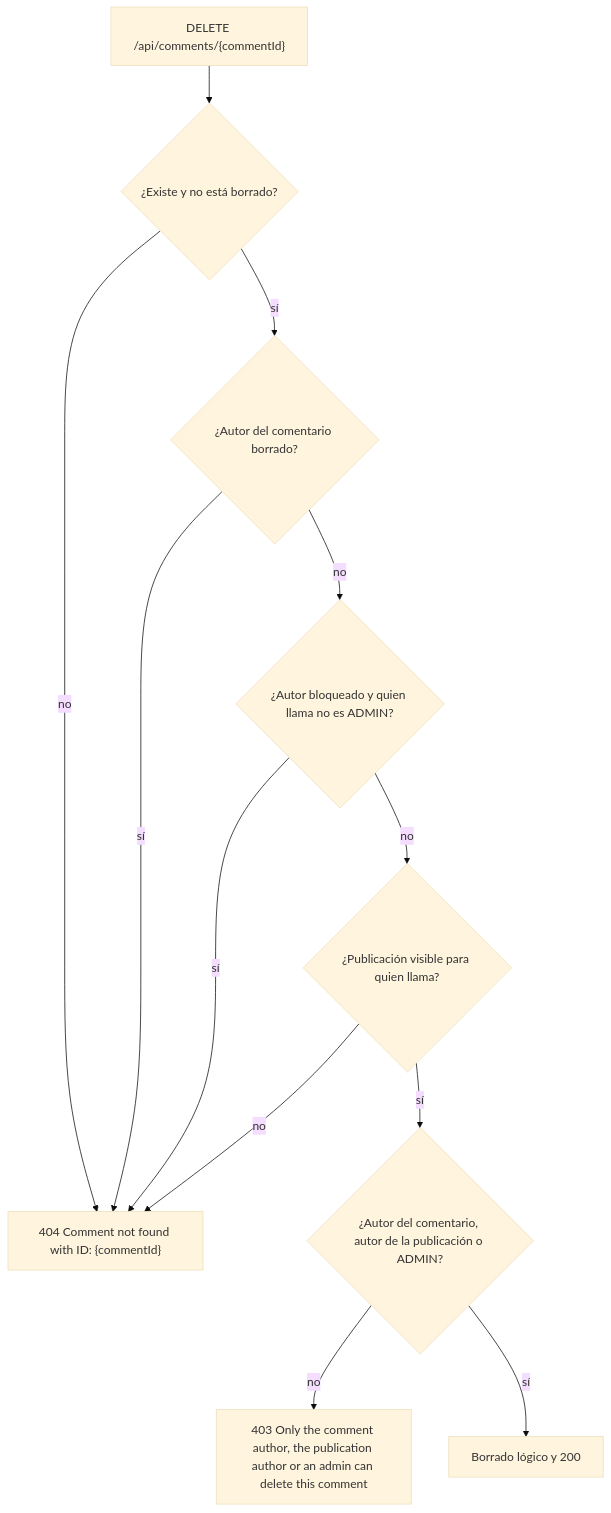
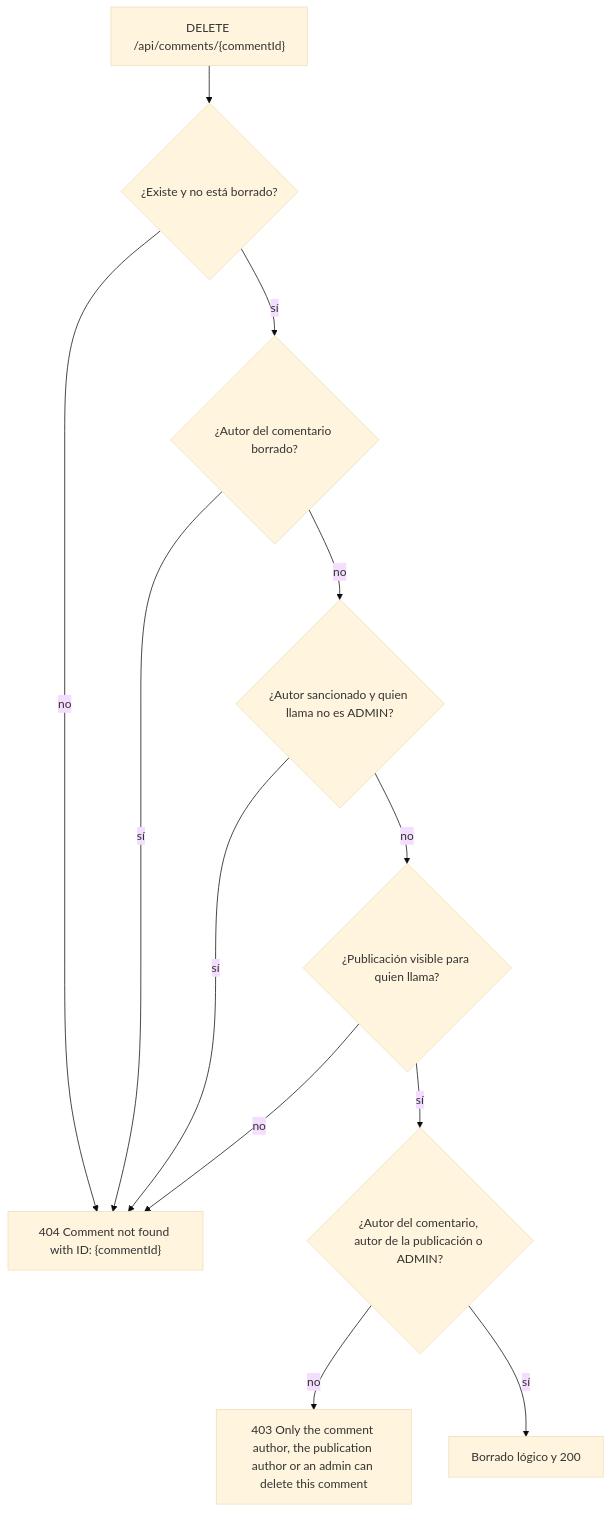
Before and after one commit to joseph517/vapati: the diagram in docs/arquitectura/dominios/comment.md, drawn with Mermaid (base theme). The commit also changed other lines of this file and 19 other files, not shown here.

````diff
--- a/docs/arquitectura/dominios/comment.md
+++ b/docs/arquitectura/dominios/comment.md
@@ -62,14 +62,14 @@
 ```mermaid
 flowchart TD
     A["DELETE /api/comments/{commentId}"] --> B{"¿Existe y no está borrado?"}
     B -- "no" --> E404["404 Comment not found with ID: {commentId}"]
     B -- "sí" --> C{"¿Autor del comentario borrado?"}
     C -- "sí" --> E404
-    C -- "no" --> D{"¿Autor bloqueado y quien llama no es ADMIN?"}
+    C -- "no" --> D{"¿Autor sancionado y quien llama no es ADMIN?"}
     D -- "sí" --> E404
     D -- "no" --> F{"¿Publicación visible para quien llama?"}
     F -- "no" --> E404
     F -- "sí" --> G{"¿Autor del comentario, autor de la publicación o ADMIN?"}
     G -- "no" --> E403["403 Only the comment author, the publication author or an admin can delete this comment"]
     G -- "sí" --> OK["Borrado lógico y 200"]
 ```
````
